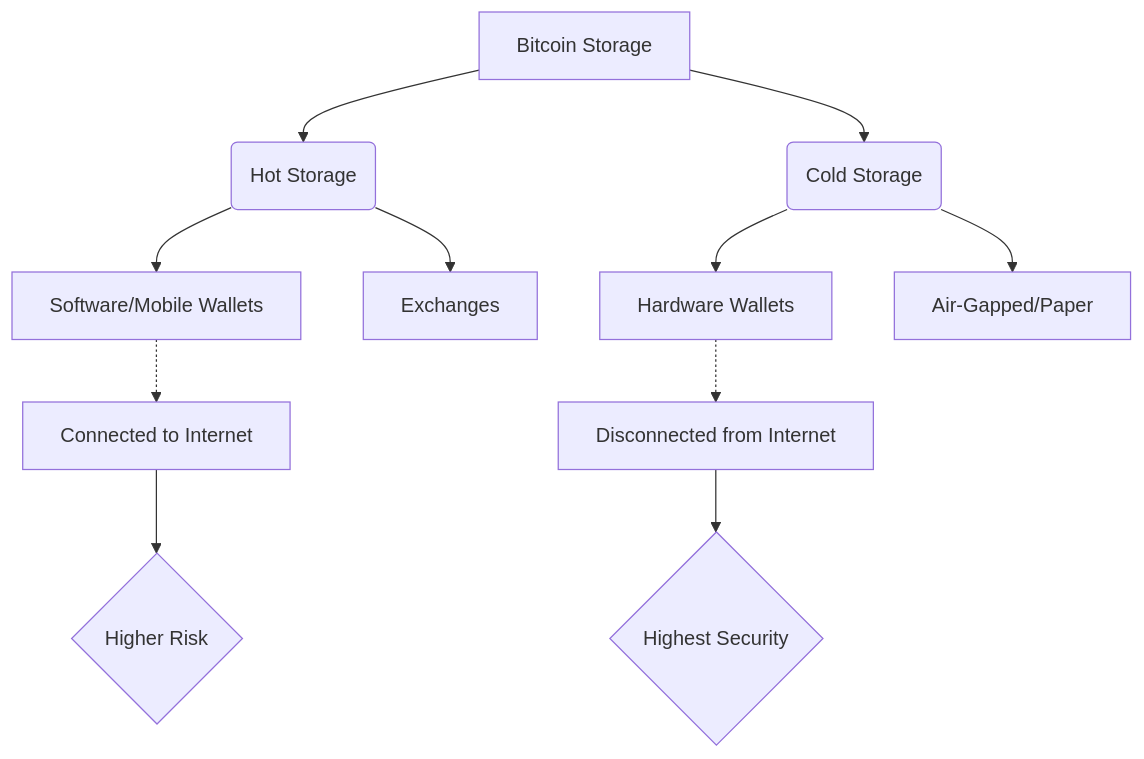
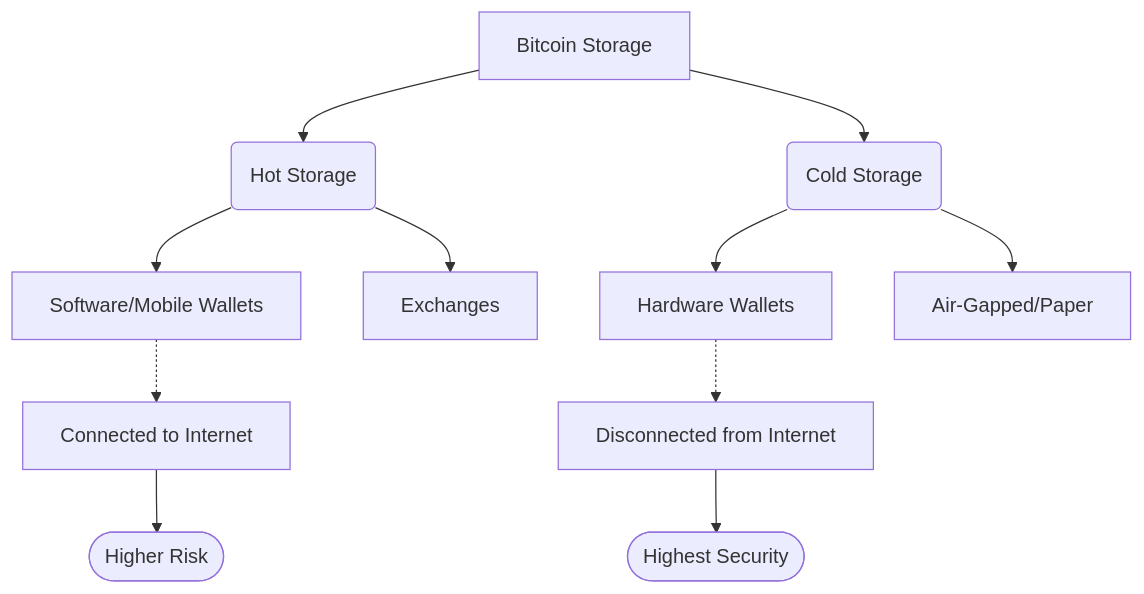
One commit to annabraun015-stack/krypto-watch changed the diagram in src/content/blog/en/how-to-store-bitcoin-safely.mdx. Above: the diagram before and after it, drawn with Mermaid. The commit also changed other lines of this file and 53 other files, not shown here.

```diff
--- a/src/content/blog/en/how-to-store-bitcoin-safely.mdx
+++ b/src/content/blog/en/how-to-store-bitcoin-safely.mdx
@@ -62,13 +62,13 @@
 <div class="mermaid">
 graph TD
     A[Bitcoin Storage] --> B(Hot Storage)
     A --> C(Cold Storage)
     B --> D[Software/Mobile Wallets]
     B --> E[Exchanges]
     C --> F[Hardware Wallets]
     C --> G[Air-Gapped/Paper]
     D -.-> H[Connected to Internet]
-    H --> I{Higher Risk}
+    H --> I([Higher Risk])
     F -.-> J[Disconnected from Internet]
-    J --> K{Highest Security}
+    J --> K([Highest Security])
 </div>
```
